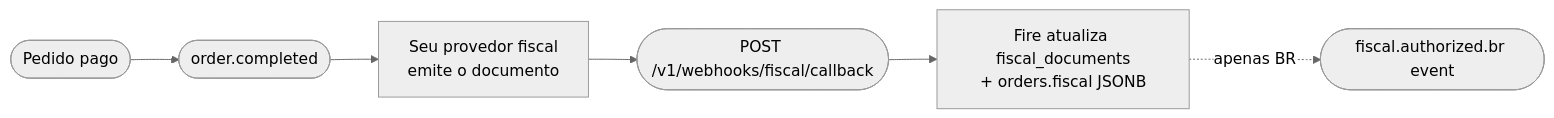
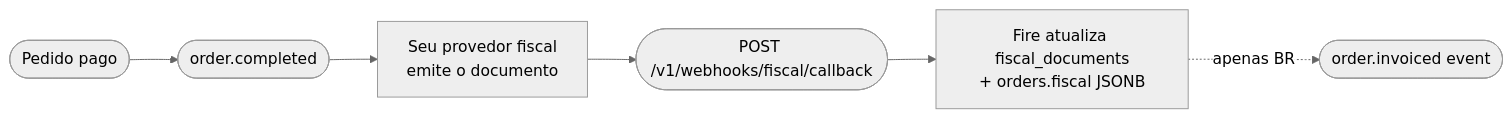
One commit to fire-rest/documentation changed the diagram in pt/api-reference/fiscal-callback.mdx. Above: the diagram before and after it, drawn with Mermaid (neutral theme). The commit also changed other lines of this file and 53 other files, not shown here.

````diff
--- a/pt/api-reference/fiscal-callback.mdx
+++ b/pt/api-reference/fiscal-callback.mdx
@@ -18,8 +18,8 @@
 ```mermaid
 flowchart LR
     A([Pedido pago]) --> B([order.completed])
     B --> C[Seu provedor fiscal<br/>emite o documento]
     C --> D([POST /v1/webhooks/fiscal/callback])
     D --> E[Fire atualiza fiscal_documents<br/>+ orders.fiscal JSONB]
-    E -. apenas BR .-> F([fiscal.authorized.br event])
+    E -. apenas BR .-> F([order.invoiced event])
 ```
````
